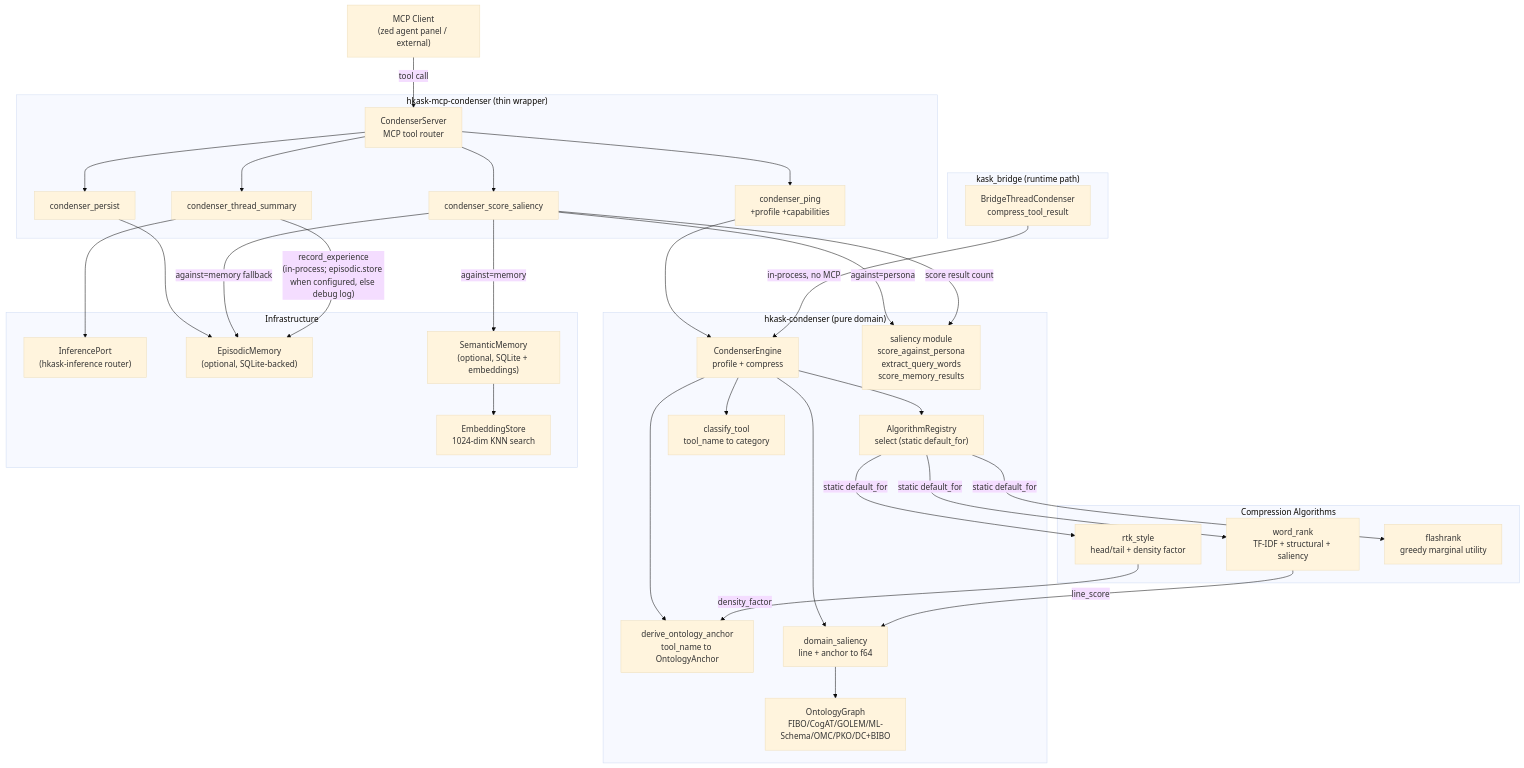
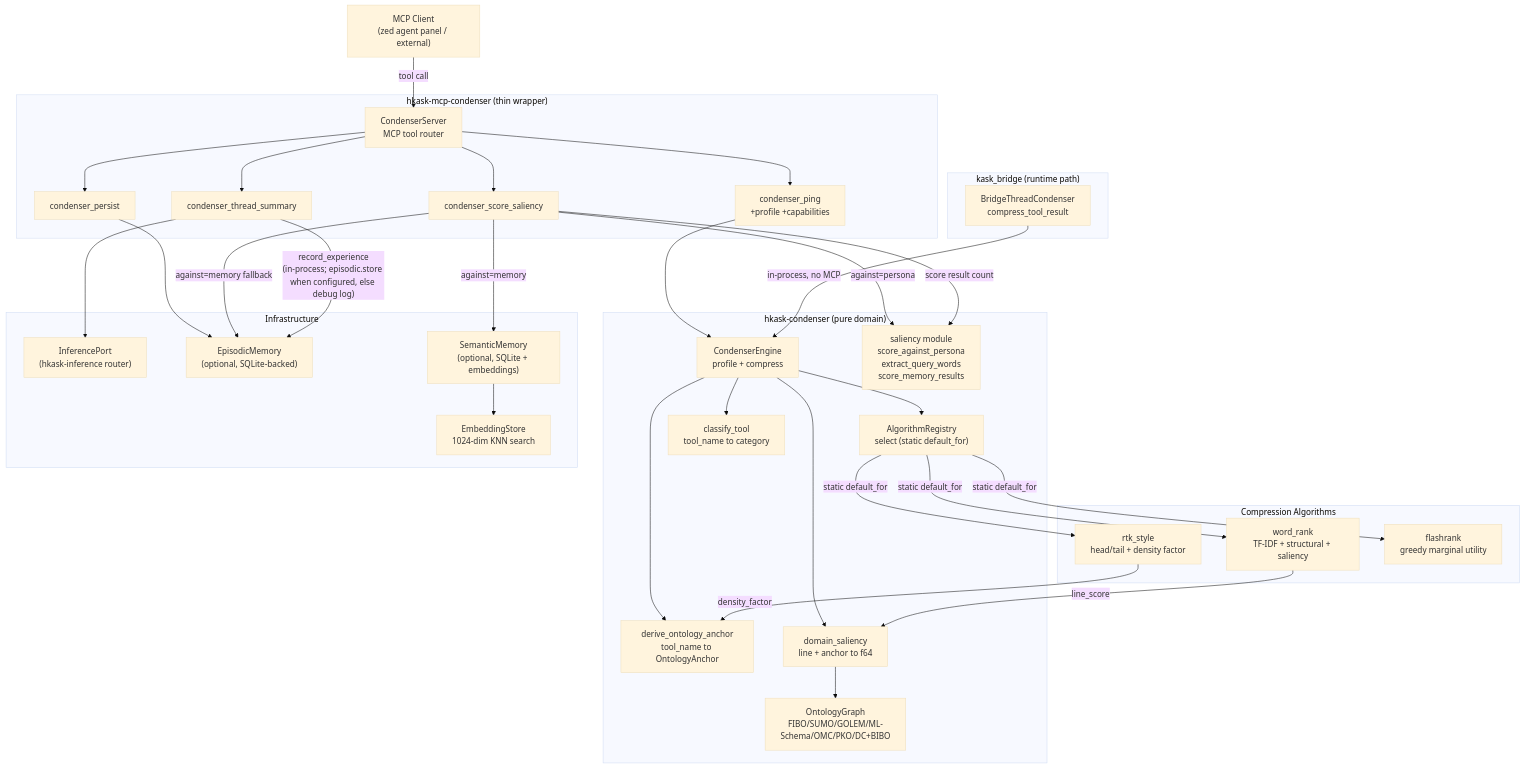
One commit to mdz-axo/zed-kask changed the diagram in kask/docs/reference/mcp-servers/condenser.md. Above: the diagram before and after it, drawn with Mermaid (base theme). The commit also changed 48 other files, not shown here.

````diff
--- a/kask/docs/reference/mcp-servers/condenser.md
+++ b/kask/docs/reference/mcp-servers/condenser.md
@@ -33,71 +33,71 @@
 ```mermaid
 flowchart TD
     Client["MCP Client\n(zed agent panel / external)"]
 
     subgraph Wrapper["hkask-mcp-condenser (thin wrapper)"]
         Server["CondenserServer\nMCP tool router"]
         Ping["condenser_ping\n+profile +capabilities"]
         Persist["condenser_persist"]
         ThreadSummary["condenser_thread_summary"]
         ScoreSaliency["condenser_score_saliency"]
     end
 
     subgraph Domain["hkask-condenser (pure domain)"]
         Engine["CondenserEngine\nprofile + compress"]
         Registry["AlgorithmRegistry\nselect (static default_for)"]
         ClassifyFn["classify_tool\ntool_name to category"]
         AnchorFn["derive_ontology_anchor\ntool_name to OntologyAnchor"]
         SaliencyFn["domain_saliency\nline + anchor to f64"]
         SaliencyModule["saliency module\nscore_against_persona\nextract_query_words\nscore_memory_results"]
-        OntologyGraph["OntologyGraph\nFIBO/CogAT/GOLEM/ML-Schema/OMC/PKO/DC+BIBO"]
+        OntologyGraph["OntologyGraph\nFIBO/SUMO/GOLEM/ML-Schema/OMC/PKO/DC+BIBO"]
     end
 
     subgraph Algos["Compression Algorithms"]
         Rtk["rtk_style\nhead/tail + density factor"]
         WordRank["word_rank\nTF-IDF + structural + saliency"]
         Flashrank["flashrank\ngreedy marginal utility"]
     end
 
     subgraph Bridge["kask_bridge (runtime path)"]
         BridgeCondenser["BridgeThreadCondenser\ncompress_tool_result"]
     end
 
     subgraph Infra["Infrastructure"]
         InferencePort["InferencePort\n(hkask-inference router)"]
         Episodic["EpisodicMemory\n(optional, SQLite-backed)"]
         Semantic["SemanticMemory\n(optional, SQLite + embeddings)"]
         EmbeddingStore["EmbeddingStore\n1024-dim KNN search"]
     end
 
     Client -->|"tool call"| Server
     Server --> Ping
     Server --> Persist
     Server --> ThreadSummary
     Server --> ScoreSaliency
 
     Ping --> Engine
     BridgeCondenser -->|"in-process, no MCP"| Engine
 
     Engine --> Registry
     Engine --> ClassifyFn
     Engine --> AnchorFn
     Engine --> SaliencyFn
     SaliencyFn --> OntologyGraph
 
     Registry -->|"static default_for"| Rtk
     Registry -->|"static default_for"| WordRank
     Registry -->|"static default_for"| Flashrank
 
     Rtk -->|"density_factor"| AnchorFn
     WordRank -->|"line_score"| SaliencyFn
 
     Persist --> Episodic
     ThreadSummary --> InferencePort
     ScoreSaliency -->|"against=persona"| SaliencyModule
     ScoreSaliency -->|"against=memory"| Semantic
     ScoreSaliency -->|"against=memory fallback"| Episodic
     ScoreSaliency -->|"score result count"| SaliencyModule
     Semantic --> EmbeddingStore
 
     ThreadSummary -->|"record_experience\n(in-process; episodic.store when configured, else debug log)"| Episodic
 ```
````
